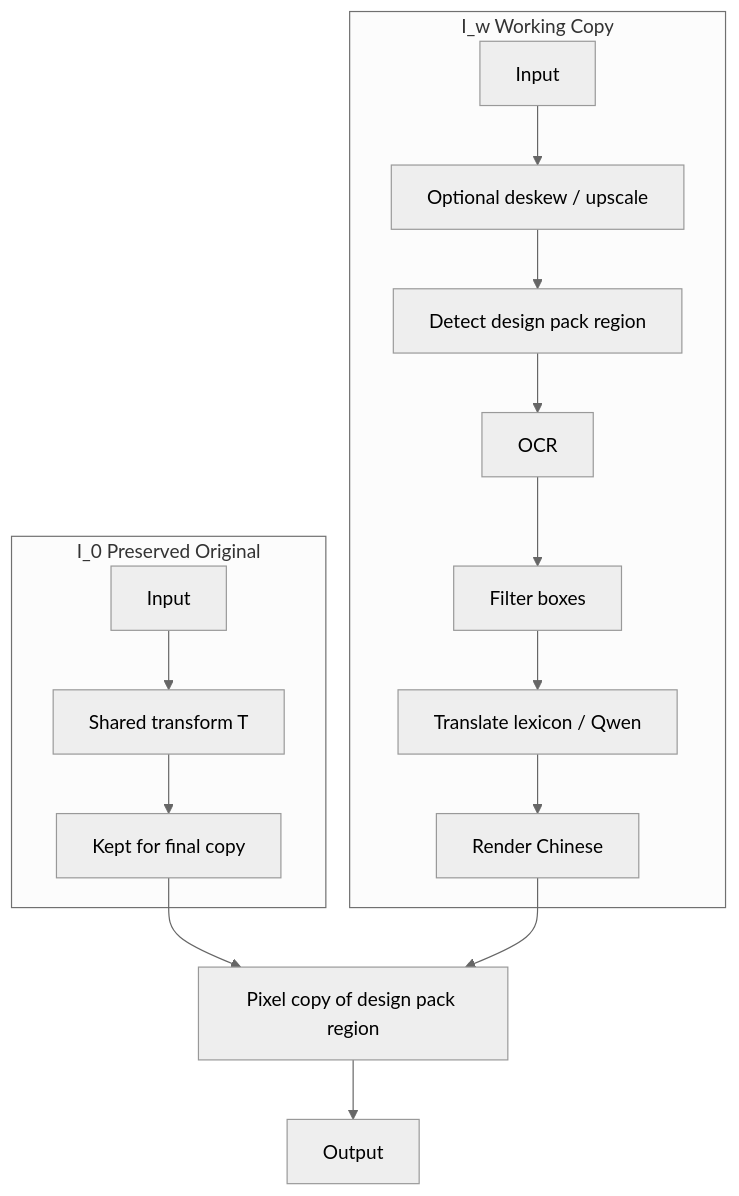
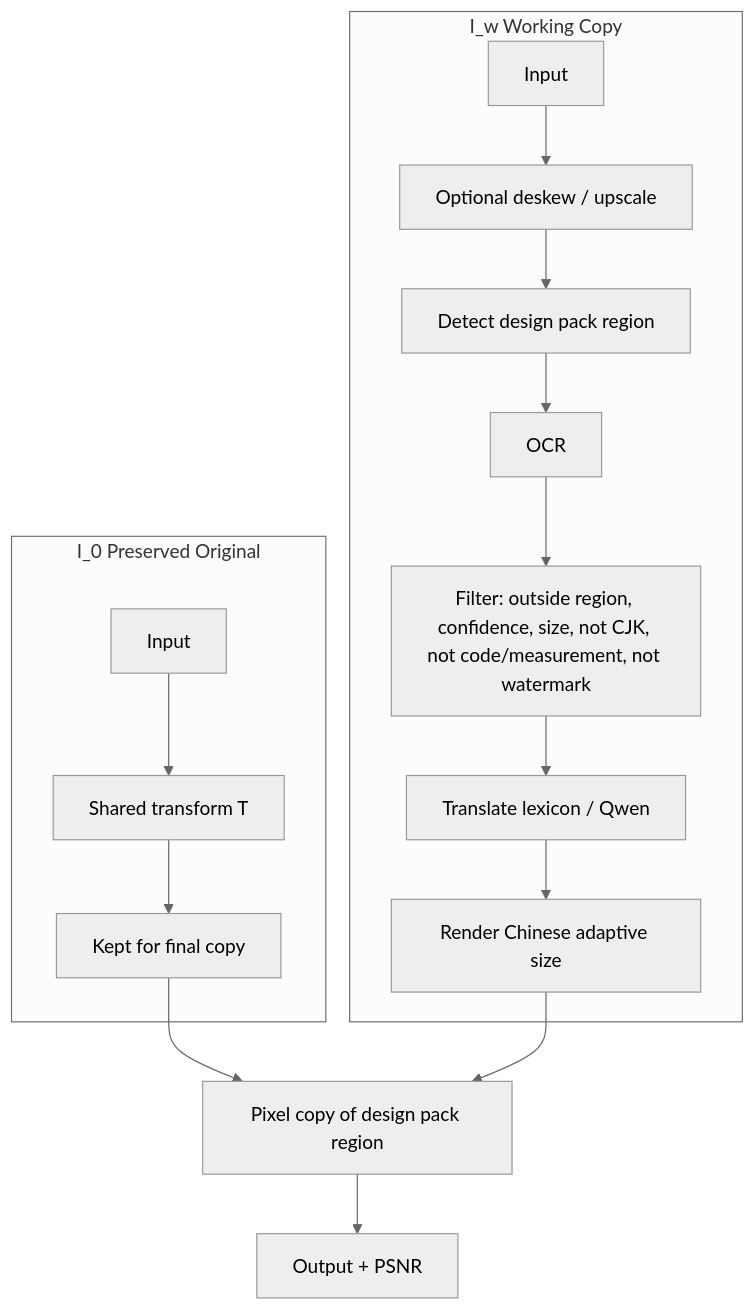
The diagram in README.md (Johnnypoon1024917/techpack-translator), drawn with Mermaid (neutral theme) before and after one commit. The commit also changed other lines of this file and 2 other files, not shown here.

````diff
--- a/README.md
+++ b/README.md
@@ -31,18 +36,18 @@
 ```mermaid
 flowchart TB
     subgraph Original["I_0 Preserved Original"]
         A1[Input] --> A2[Shared transform T]
         A2 --> A3[Kept for final copy]
     end
     subgraph Working["I_w Working Copy"]
         B1[Input] --> B2[Optional deskew / upscale]
         B2 --> B3[Detect design pack region]
         B3 --> B4[OCR]
-        B4 --> B5[Filter boxes]
+        B4 --> B5[Filter: outside region, confidence, size, not CJK, not code/measurement, not watermark]
         B5 --> B6[Translate lexicon / Qwen]
-        B6 --> B7[Render Chinese]
+        B6 --> B7[Render Chinese adaptive size]
     end
     A3 --> C[Pixel copy of design pack region]
     B7 --> C
-    C --> D[Output]
+    C --> D[Output + PSNR]
 ```
````
